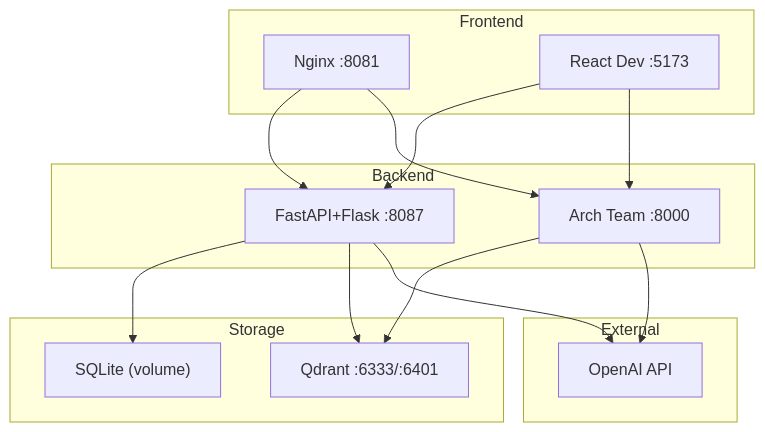
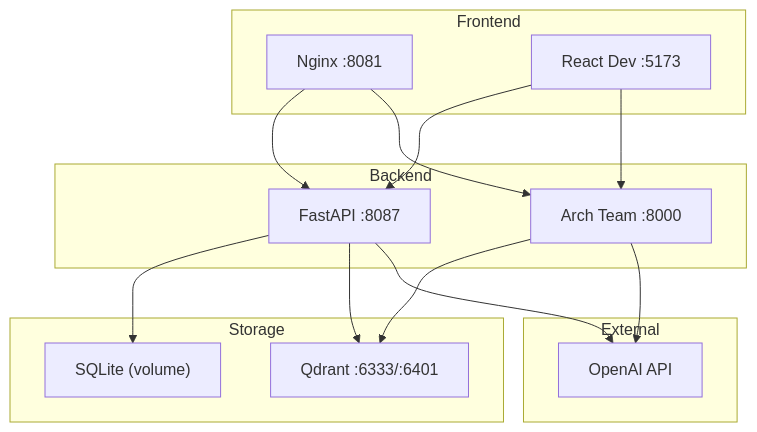
The eighth of 15 diagrams in docs/architecture/SYSTEM_OVERVIEW.md (Flissel/-req-orchestrator), drawn with Mermaid before and after one commit. The commit also changed other lines of this file and 18 other files, not shown here.

````diff
--- a/docs/architecture/SYSTEM_OVERVIEW.md
+++ b/docs/architecture/SYSTEM_OVERVIEW.md
@@ -499,31 +493,31 @@
 ```mermaid
 flowchart TB
   subgraph Frontend
     nginx["Nginx :8081"]
     react["React Dev :5173"]
   end
 
   subgraph Backend
-    fastapi["FastAPI+Flask :8087"]
+    fastapi["FastAPI :8087"]
     arch["Arch Team :8000"]
   end
 
   subgraph Storage
     qdrant["Qdrant :6333/:6401"]
     sqlite["SQLite (volume)"]
   end
 
   subgraph External
     openai["OpenAI API"]
   end
 
   nginx --> fastapi
   nginx --> arch
   react --> fastapi
   react --> arch
   fastapi --> sqlite
   fastapi --> qdrant
   fastapi --> openai
   arch --> qdrant
   arch --> openai
 ```
````
